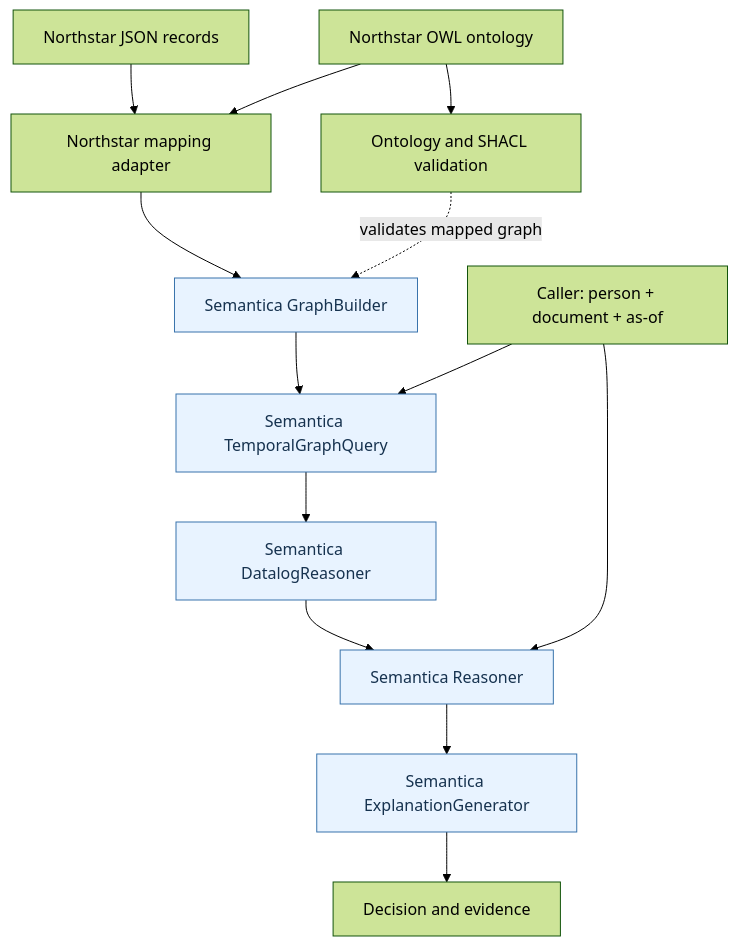
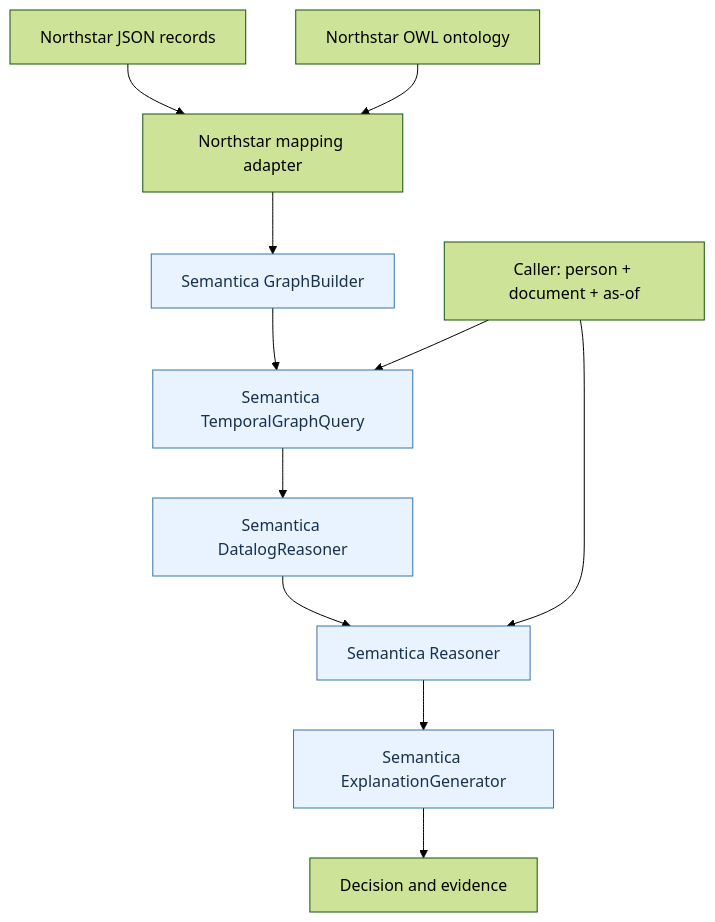
One commit to SYellur/semantica-poc changed the diagram in docs/architecture.md. Above: the diagram before and after it, drawn with Mermaid (forest theme).

Commit message:
Align architecture diagram with implemented ontology boundary

````diff
--- a/docs/architecture.md
+++ b/docs/architecture.md
@@ -3,18 +3,16 @@
 ```mermaid
 flowchart TB
     SRC[Northstar JSON records] --> MAP[Northstar mapping adapter]
-    ONT[Northstar OWL ontology] --> SHACL[Ontology and SHACL validation]
+    ONT[Northstar OWL ontology] --> MAP
     MAP --> KG[Semantica GraphBuilder]
     KG --> TEMP[Semantica TemporalGraphQuery]
     TEMP --> DATALOG[Semantica DatalogReasoner]
     DATALOG --> REASON[Semantica Reasoner]
     REASON --> EXPLAIN[Semantica ExplanationGenerator]
     EXPLAIN --> RESP[Decision and evidence]
     CALLER[Caller: person + document + as-of] --> TEMP
     CALLER --> REASON
-    ONT --> MAP
-    SHACL -. validates mapped graph .-> KG
 
     classDef sem fill:#e8f3ff,stroke:#3973ac,color:#16324f
     class KG,TEMP,DATALOG,REASON,EXPLAIN sem
 ```
````
